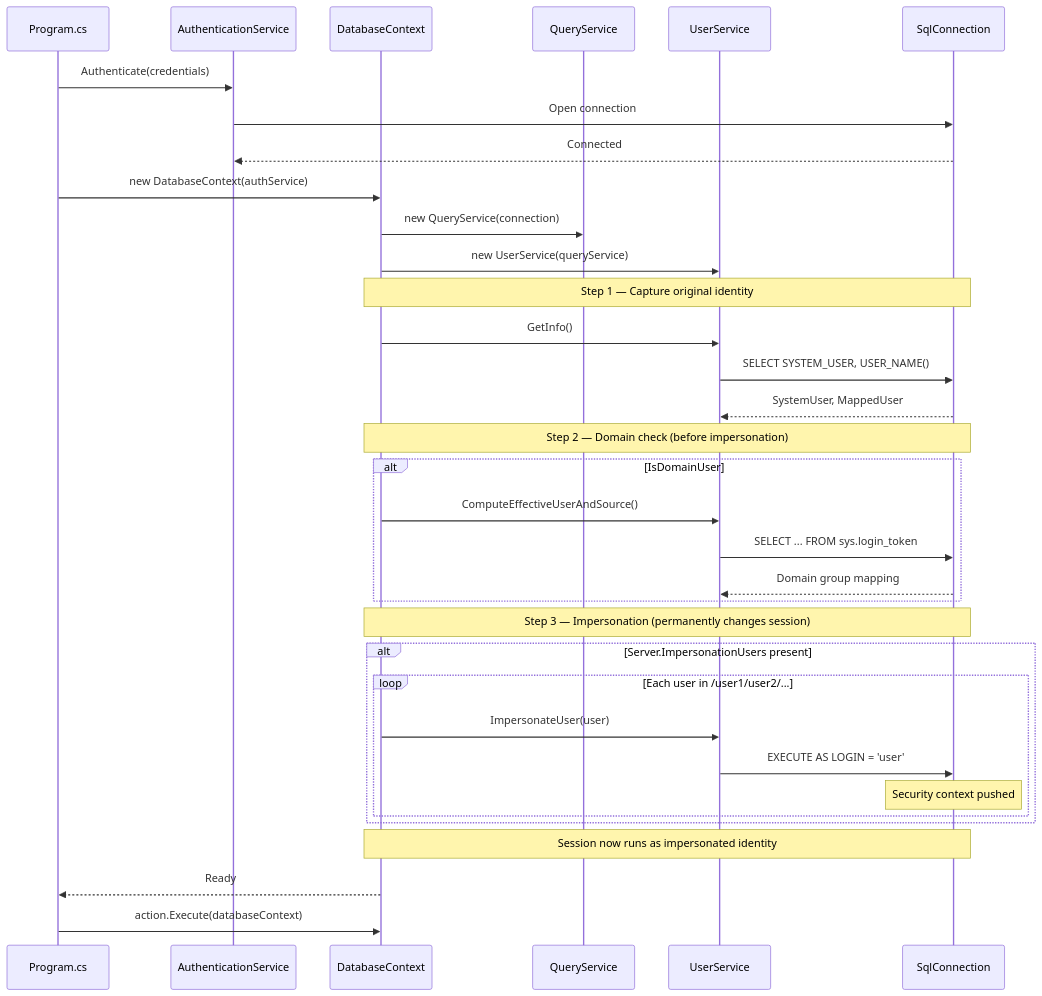
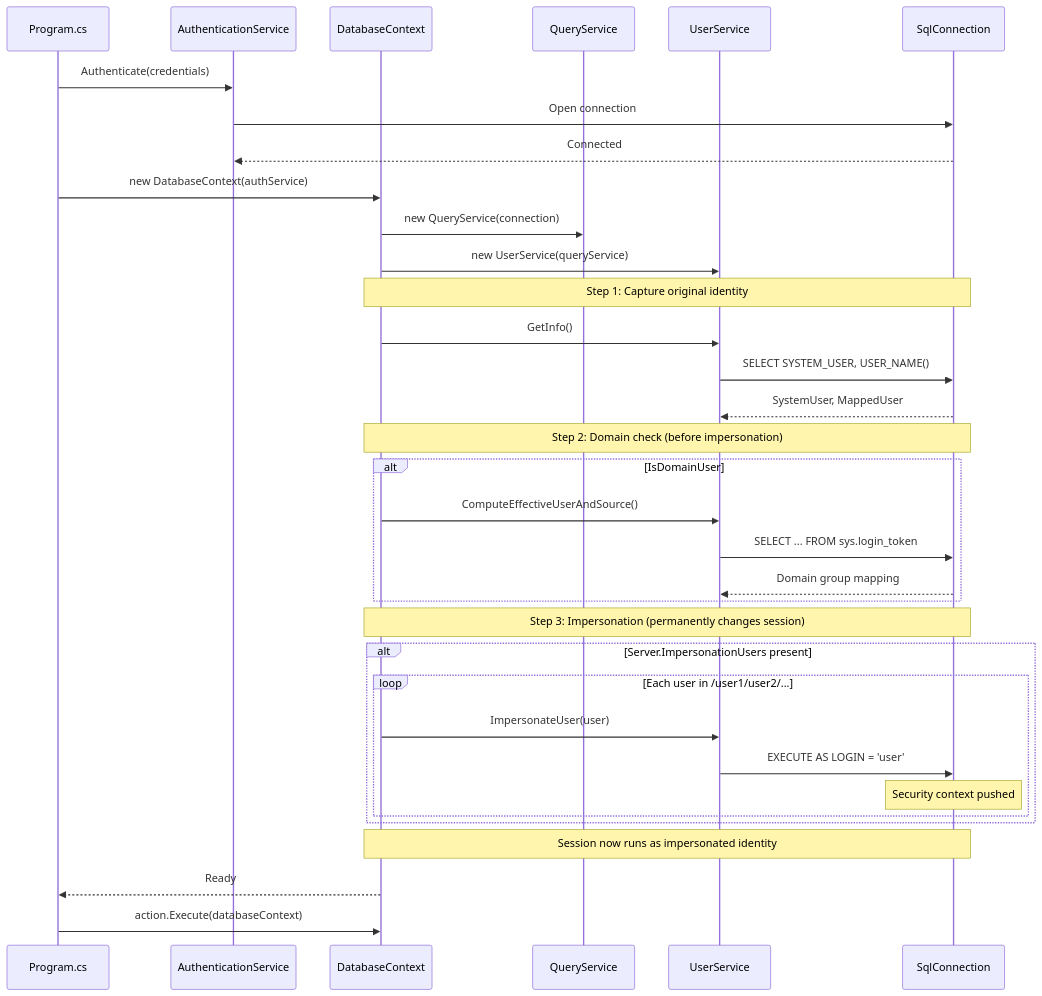
The second of 3 diagrams in DEVELOPMENT.md (n3rada/MSSQLand), drawn with Mermaid before and after one commit. The commit also changed other lines of this file and 15 other files, not shown here.

````diff
--- a/DEVELOPMENT.md
+++ b/DEVELOPMENT.md
@@ -147,42 +147,42 @@
 ```mermaid
 sequenceDiagram
     participant P as Program.cs
     participant A as AuthenticationService
     participant DC as DatabaseContext
     participant QS as QueryService
     participant US as UserService
     participant SQL as SqlConnection
 
     P->>A: Authenticate(credentials)
     A->>SQL: Open connection
     SQL-->>A: Connected
 
     P->>DC: new DatabaseContext(authService)
     DC->>QS: new QueryService(connection)
     DC->>US: new UserService(queryService)
 
-    Note over DC,SQL: Step 1 — Capture original identity
+    Note over DC,SQL: Step 1: Capture original identity
     DC->>US: GetInfo()
     US->>SQL: SELECT SYSTEM_USER, USER_NAME()
     SQL-->>US: SystemUser, MappedUser
 
-    Note over DC,SQL: Step 2 — Domain check (before impersonation)
+    Note over DC,SQL: Step 2: Domain check (before impersonation)
     alt IsDomainUser
         DC->>US: ComputeEffectiveUserAndSource()
         US->>SQL: SELECT ... FROM sys.login_token
         SQL-->>US: Domain group mapping
     end
 
-    Note over DC,SQL: Step 3 — Impersonation (permanently changes session)
+    Note over DC,SQL: Step 3: Impersonation (permanently changes session)
     alt Server.ImpersonationUsers present
         loop Each user in /user1/user2/...
             DC->>US: ImpersonateUser(user)
             US->>SQL: EXECUTE AS LOGIN = 'user'
             Note over SQL: Security context pushed
         end
     end
 
     Note over DC,SQL: Session now runs as impersonated identity
     DC-->>P: Ready
     P->>DC: action.Execute(databaseContext)
 ```
````
